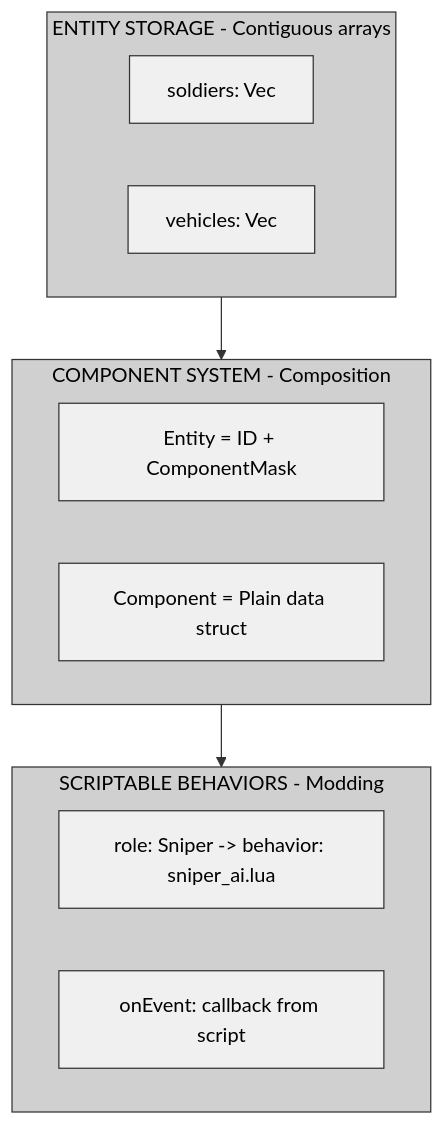
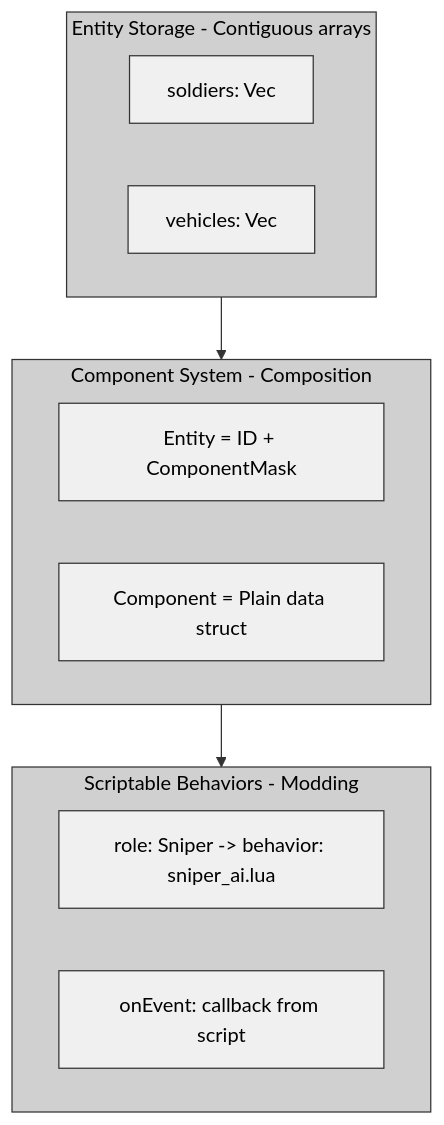
One commit to jukofyork/close-combat-architecture-study changed the eighth of 8 diagrams in chapter_05_unit_hierarchy.md. Above: the diagram before and after it, drawn with Mermaid. The commit also changed 5 other files, not shown here.

````diff
--- a/chapter_05_unit_hierarchy.md
+++ b/chapter_05_unit_hierarchy.md
@@ -785,28 +785,28 @@
 ```mermaid
 flowchart TD
     classDef default fill:#fff,stroke:#000,stroke-width:1px,color:#000
     classDef light fill:#f0f0f0,stroke:#333,stroke-width:1px,color:#000
     classDef medium fill:#d0d0d0,stroke:#333,stroke-width:1px,color:#000
     classDef dark fill:#b0b0b0,stroke:#000,stroke-width:2px,color:#000
 
-    subgraph Layer1["ENTITY STORAGE - Contiguous arrays"]
+    subgraph Layer1["Entity Storage - Contiguous arrays"]
         L1A["soldiers: Vec<Soldier>"]
         L1B["vehicles: Vec<Vehicle>"]
     end
 
-    subgraph Layer2["COMPONENT SYSTEM - Composition"]
+    subgraph Layer2["Component System - Composition"]
         L2A["Entity = ID + ComponentMask"]
         L2B["Component = Plain data struct"]
     end
 
-    subgraph Layer3["SCRIPTABLE BEHAVIORS - Modding"]
+    subgraph Layer3["Scriptable Behaviors - Modding"]
         L3A["role: Sniper -> behavior: sniper_ai.lua"]
         L3B["onEvent: callback from script"]
     end
 
     Layer1 --> Layer2
     Layer2 --> Layer3
 
     class Layer1,Layer2,Layer3 medium
     class L1A,L1B,L2A,L2B,L3A,L3B light
 ```
````
